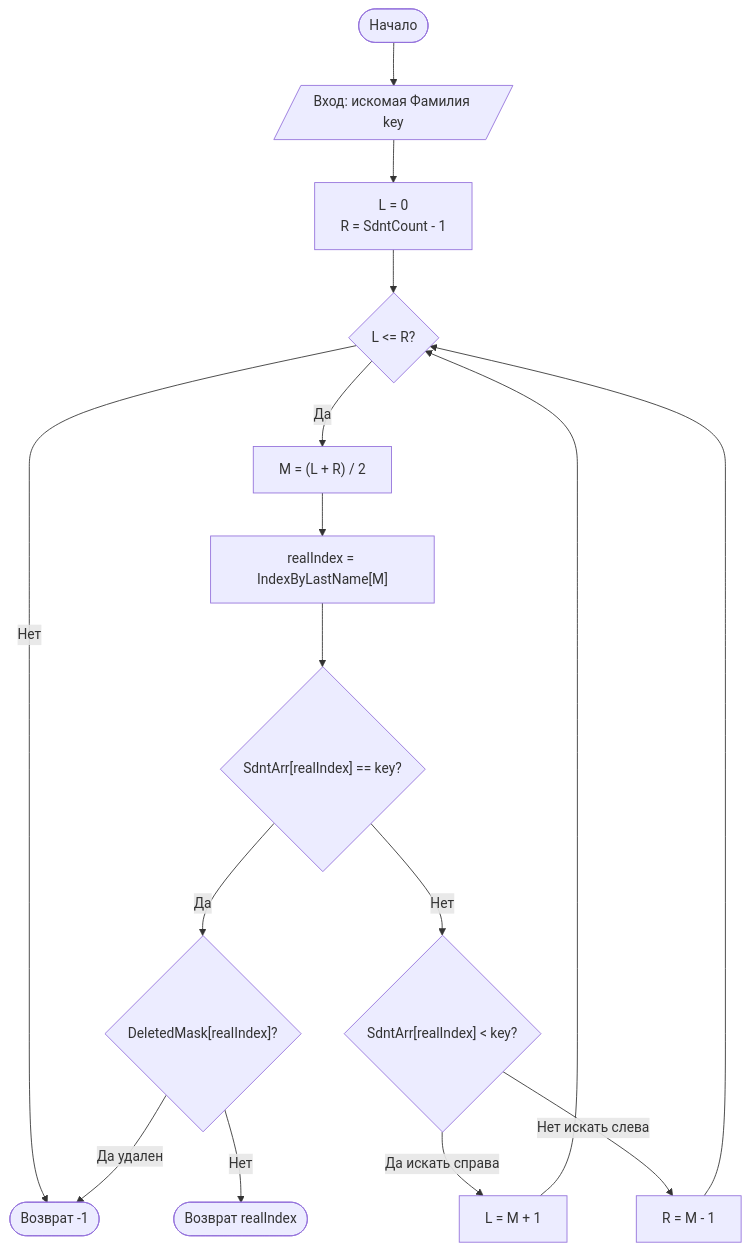
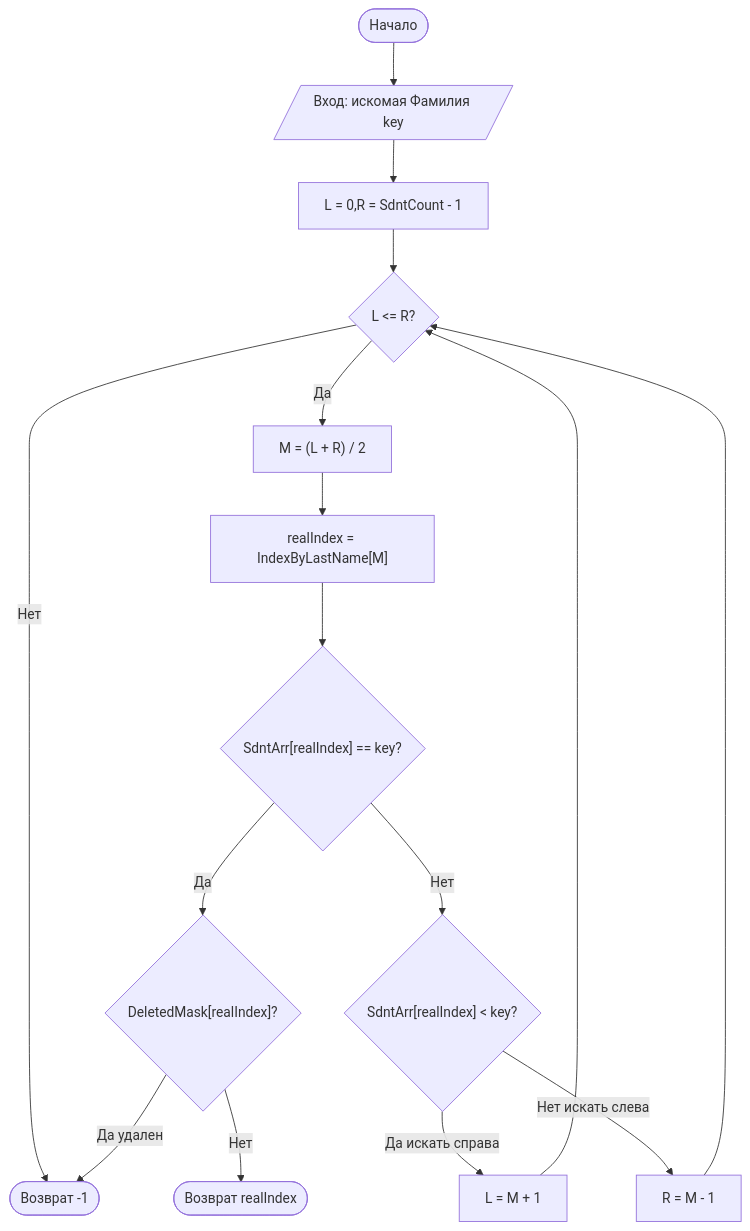
Before and after one commit to Zrossiz/toi: the first of 2 diagrams in README.md, drawn with Mermaid.

Commit message:
Fix formatting in README.md flowchart

````diff
--- a/README.md
+++ b/README.md
@@ -42,23 +42,23 @@
 ```mermaid
 flowchart TD
     Start([Начало]) --> Input[/Вход: искомая Фамилия key/]
-    Input --> Init["L = 0\nR = SdntCount - 1"]
+    Input --> Init["L = 0,R = SdntCount - 1"]
     Init --> CheckLoop{"L <= R?"}
 
     CheckLoop -- Нет --> NotFound([Возврат -1])
     CheckLoop -- Да --> CalcM["M = (L + R) / 2"]
 
     CalcM --> GetReal["realIndex = IndexByLastName[M]"]
     GetReal --> CheckMatch{"SdntArr[realIndex] == key?"}
 
     CheckMatch -- Да --> CheckDel{"DeletedMask[realIndex]?"}
     CheckDel -- Да удален --> NotFound
     CheckDel -- Нет --> Found([Возврат realIndex])
 
     CheckMatch -- Нет --> CheckLess{"SdntArr[realIndex] < key?"}
     CheckLess -- Да искать справа --> MoveL["L = M + 1"]
     CheckLess -- Нет искать слева --> MoveR["R = M - 1"]
 
     MoveL --> CheckLoop
     MoveR --> CheckLoop
 ```
````
